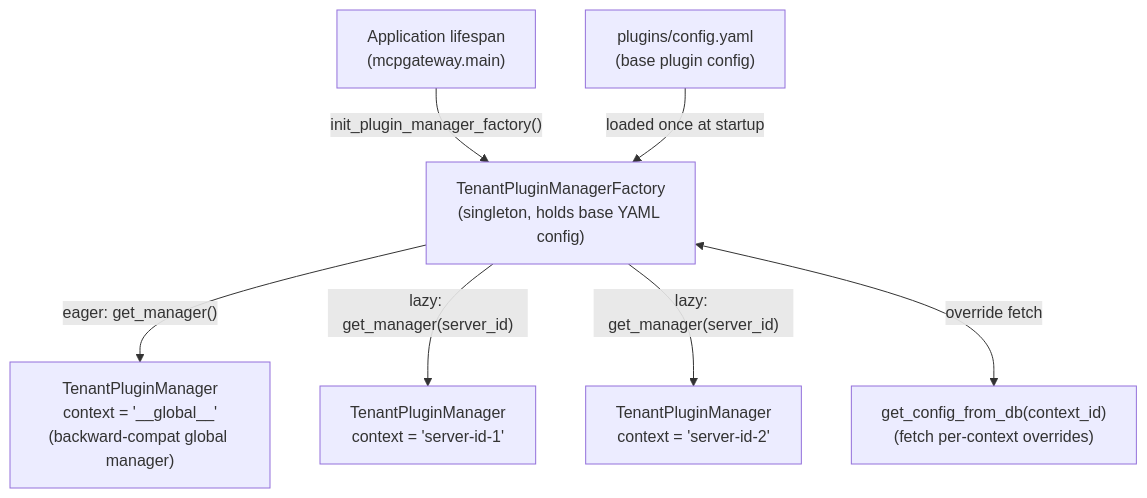
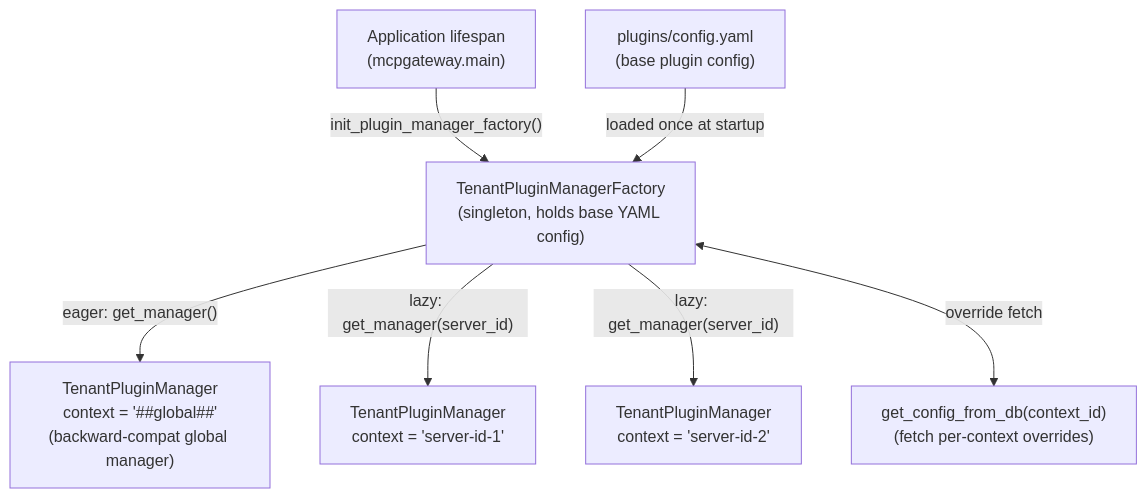
One commit to brian-hussey/mcp-context-forge changed the second of 4 diagrams in docs/architecture-plugin-multi-tenancy.md. Above: the diagram before and after it, drawn with Mermaid. The commit also changed other lines of this file and 3 other files, not shown here.

````diff
--- a/docs/architecture-plugin-multi-tenancy.md
+++ b/docs/architecture-plugin-multi-tenancy.md
@@ -82,17 +82,17 @@
 ```mermaid
 flowchart TD
     APP["Application lifespan\n(mcpgateway.main)"]
     F["TenantPluginManagerFactory\n(singleton, holds base YAML config)"]
-    G["TenantPluginManager\ncontext = '__global__'\n(backward-compat global manager)"]
+    G["TenantPluginManager\ncontext = '##global##'\n(backward-compat global manager)"]
     S1["TenantPluginManager\ncontext = 'server-id-1'"]
     S2["TenantPluginManager\ncontext = 'server-id-2'"]
     DB["get_config_from_db(context_id)\n(fetch per-context overrides)"]
     YAML["plugins/config.yaml\n(base plugin config)"]
 
     APP -->|"init_plugin_manager_factory()"| F
     YAML -->|"loaded once at startup"| F
     F -->|"eager: get_manager()"| G
     F -->|"lazy: get_manager(server_id)"| S1
     F -->|"lazy: get_manager(server_id)"| S2
     F <-->|"override fetch"| DB
 ```
````
